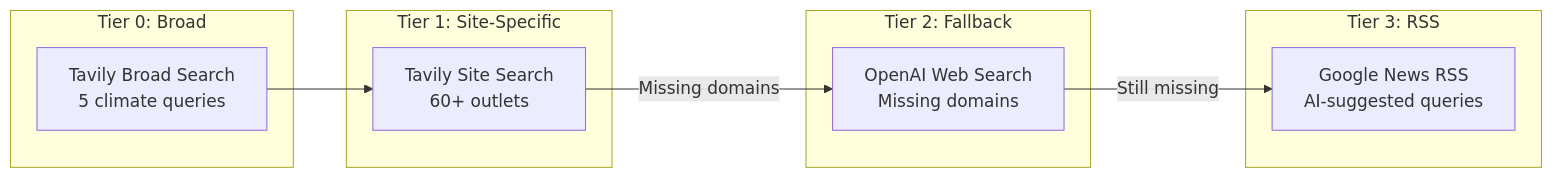
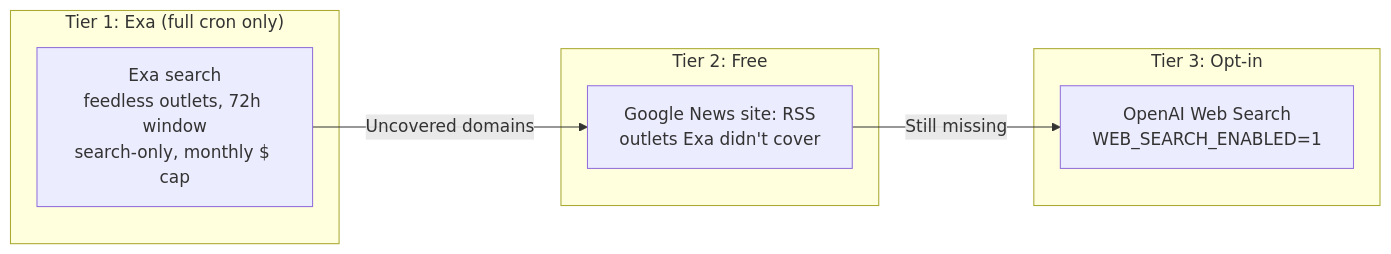
Before and after one commit to dwahbe/climate-river: the ninth of 9 diagrams in README.md, drawn with Mermaid. The commit also changed other lines of this file and 38 other files, not shown here.

````diff
--- a/README.md
+++ b/README.md
@@ -560,22 +561,17 @@
 ```mermaid
 flowchart LR
-    subgraph "Tier 0: Broad"
-        T0[Tavily Broad Search<br/>5 climate queries]
+    subgraph "Tier 1: Exa (full cron only)"
+        T1[Exa search<br/>feedless outlets, 72h window<br/>search-only, monthly $ cap]
     end
 
-    subgraph "Tier 1: Site-Specific"
-        T1[Tavily Site Search<br/>60+ outlets]
+    subgraph "Tier 2: Free"
+        T2[Google News site: RSS<br/>outlets Exa didn't cover]
     end
 
-    subgraph "Tier 2: Fallback"
-        T2[OpenAI Web Search<br/>Missing domains]
+    subgraph "Tier 3: Opt-in"
+        T3[OpenAI Web Search<br/>WEB_SEARCH_ENABLED=1]
     end
 
-    subgraph "Tier 3: RSS"
-        T3[Google News RSS<br/>AI-suggested queries]
-    end
-
-    T0 --> T1
-    T1 -->|"Missing domains"| T2
+    T1 -->|"Uncovered domains"| T2
     T2 -->|"Still missing"| T3
 ```
````
